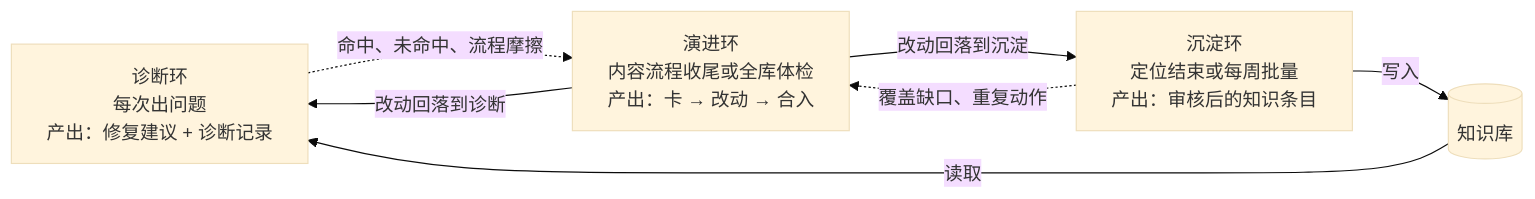
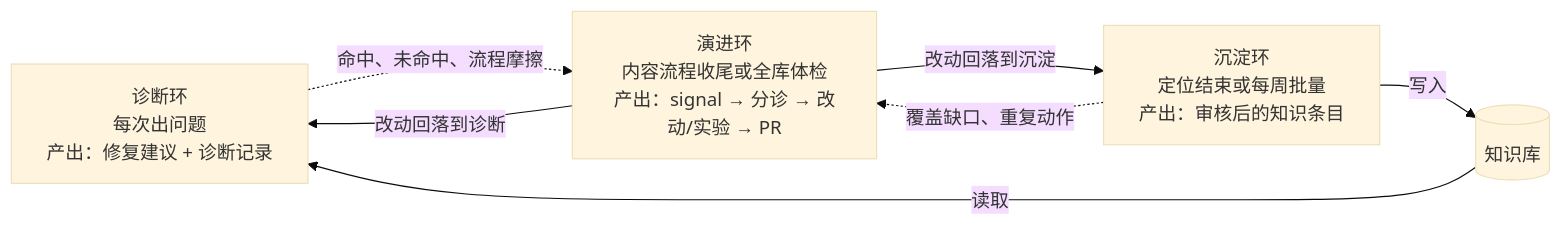
Before and after one commit to pillumina/ascend-sleuth: the diagram in docs/mechanism/rsi-mechanism.md, drawn with Mermaid (base theme). The commit also changed other lines of this file and 13 other files, not shown here.

First line of the commit message:
docs(evolution): make EV/RSI flow authoritative across skills and docs

````diff
--- a/docs/mechanism/rsi-mechanism.md
+++ b/docs/mechanism/rsi-mechanism.md
@@ -35,13 +35,13 @@
 ```mermaid
 flowchart LR
     DX["诊断环<br/>每次出问题<br/>产出：修复建议 + 诊断记录"]
     CJ["沉淀环<br/>定位结束或每周批量<br/>产出：审核后的知识条目"]
-    YJ["演进环<br/>内容流程收尾或全库体检<br/>产出：卡 → 改动 → 合入"]
+    YJ["演进环<br/>内容流程收尾或全库体检<br/>产出：signal → 分诊 → 改动/实验 → PR"]
     KB[("知识库")]
     DX -.->|"命中、未命中、流程摩擦"| YJ
     CJ -.->|"覆盖缺口、重复动作"| YJ
     YJ -->|"改动回落到诊断"| DX
     YJ -->|"改动回落到沉淀"| CJ
     CJ -->|"写入"| KB
     KB -->|"读取"| DX
 ```
````
